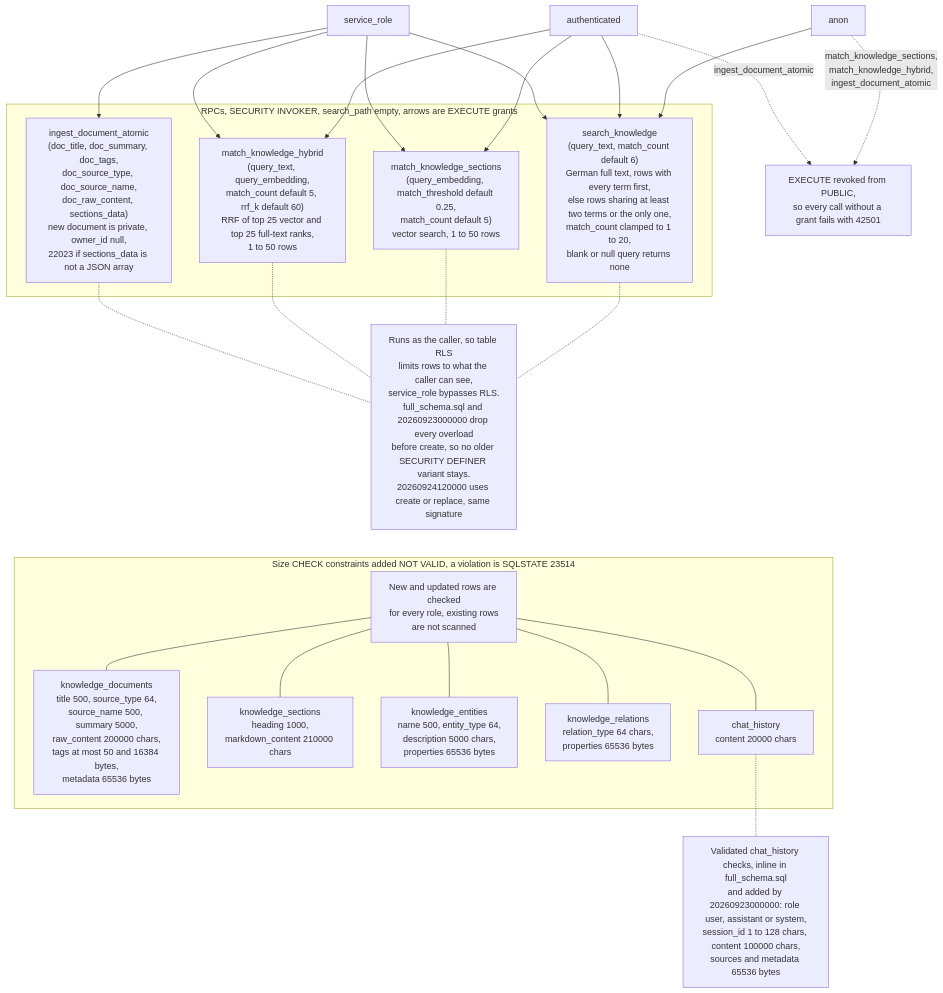
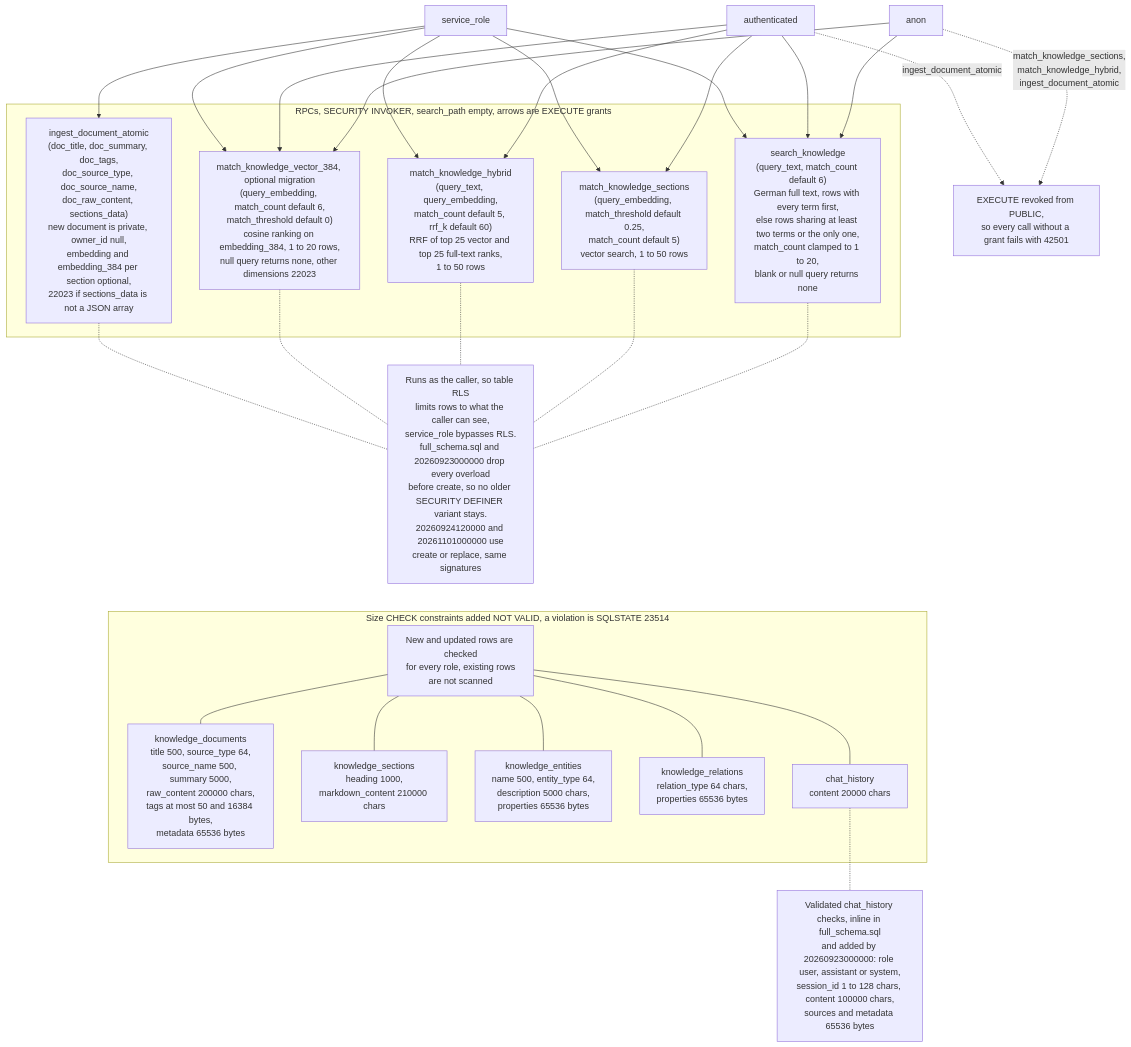
The fifth of 6 diagrams in backend/supabase/README.md (umutcantezgel-cpu/Starpi), drawn with Mermaid before and after one commit. The commit also changed other lines of this file and 13 other files, not shown here.

````diff
--- a/backend/supabase/README.md
+++ b/backend/supabase/README.md
@@ -359,48 +389,53 @@
 ```mermaid
 flowchart TD
     anon["anon"]
     authn["authenticated"]
     svc["service_role"]
 
     subgraph sg_fns["RPCs, SECURITY INVOKER, search_path empty, arrows are EXECUTE grants"]
         sk["search_knowledge<br/>(query_text, match_count default 6)<br/>German full text, rows with every term first,<br/>else rows sharing at least two terms or the only one,<br/>match_count clamped to 1 to 20,<br/>blank or null query returns none"]
         mks["match_knowledge_sections<br/>(query_embedding, match_threshold default 0.25,<br/>match_count default 5)<br/>vector search, 1 to 50 rows"]
         mkh["match_knowledge_hybrid<br/>(query_text, query_embedding,<br/>match_count default 5, rrf_k default 60)<br/>RRF of top 25 vector and top 25 full-text ranks,<br/>1 to 50 rows"]
-        ing["ingest_document_atomic<br/>(doc_title, doc_summary, doc_tags,<br/>doc_source_type, doc_source_name,<br/>doc_raw_content, sections_data)<br/>new document is private, owner_id null,<br/>22023 if sections_data is not a JSON array"]
+        mkv["match_knowledge_vector_384, optional migration<br/>(query_embedding, match_count default 6,<br/>match_threshold default 0)<br/>cosine ranking on embedding_384, 1 to 20 rows,<br/>null query returns none, other dimensions 22023"]
+        ing["ingest_document_atomic<br/>(doc_title, doc_summary, doc_tags,<br/>doc_source_type, doc_source_name,<br/>doc_raw_content, sections_data)<br/>new document is private, owner_id null,<br/>embedding and embedding_384 per section optional,<br/>22023 if sections_data is not a JSON array"]
     end
 
     anon --> sk
+    anon --> mkv
     authn --> sk
     authn --> mks
     authn --> mkh
+    authn --> mkv
     svc --> sk
     svc --> mks
     svc --> mkh
+    svc --> mkv
     svc --> ing
 
-    invoker["Runs as the caller, so table RLS<br/>limits rows to what the caller can see,<br/>service_role bypasses RLS.<br/>full_schema.sql and 20260923000000 drop every overload<br/>before create, so no older SECURITY DEFINER variant stays.<br/>20260924120000 uses create or replace, same signature"]
+    invoker["Runs as the caller, so table RLS<br/>limits rows to what the caller can see,<br/>service_role bypasses RLS.<br/>full_schema.sql and 20260923000000 drop every overload<br/>before create, so no older SECURITY DEFINER variant stays.<br/>20260924120000 and 20261101000000 use<br/>create or replace, same signatures"]
     sk -.- invoker
     mks -.- invoker
     mkh -.- invoker
+    mkv -.- invoker
     ing -.- invoker
     denied["EXECUTE revoked from PUBLIC,<br/>so every call without a grant fails with 42501"]
     anon -.->|"match_knowledge_sections,<br/>match_knowledge_hybrid,<br/>ingest_document_atomic"| denied
     authn -.->|"ingest_document_atomic"| denied
 
     subgraph sg_checks["Size CHECK constraints added NOT VALID, a violation is SQLSTATE 23514"]
         ckNote["New and updated rows are checked<br/>for every role, existing rows<br/>are not scanned"]
         ckDocs["knowledge_documents<br/>title 500, source_type 64,<br/>source_name 500, summary 5000,<br/>raw_content 200000 chars,<br/>tags at most 50 and 16384 bytes,<br/>metadata 65536 bytes"]
         ckSec["knowledge_sections<br/>heading 1000,<br/>markdown_content 210000 chars"]
         ckEnt["knowledge_entities<br/>name 500, entity_type 64,<br/>description 5000 chars,<br/>properties 65536 bytes"]
         ckRel["knowledge_relations<br/>relation_type 64 chars,<br/>properties 65536 bytes"]
         ckChat["chat_history<br/>content 20000 chars"]
         ckNote --- ckDocs
         ckNote --- ckSec
         ckNote --- ckEnt
         ckNote --- ckRel
         ckNote --- ckChat
     end
     ckOld["Validated chat_history checks, inline in full_schema.sql<br/>and added by 20260923000000: role user, assistant or system,<br/>session_id 1 to 128 chars, content 100000 chars,<br/>sources and metadata 65536 bytes"]
     ckChat -.- ckOld
     invoker ~~~ sg_checks
 ```
````
